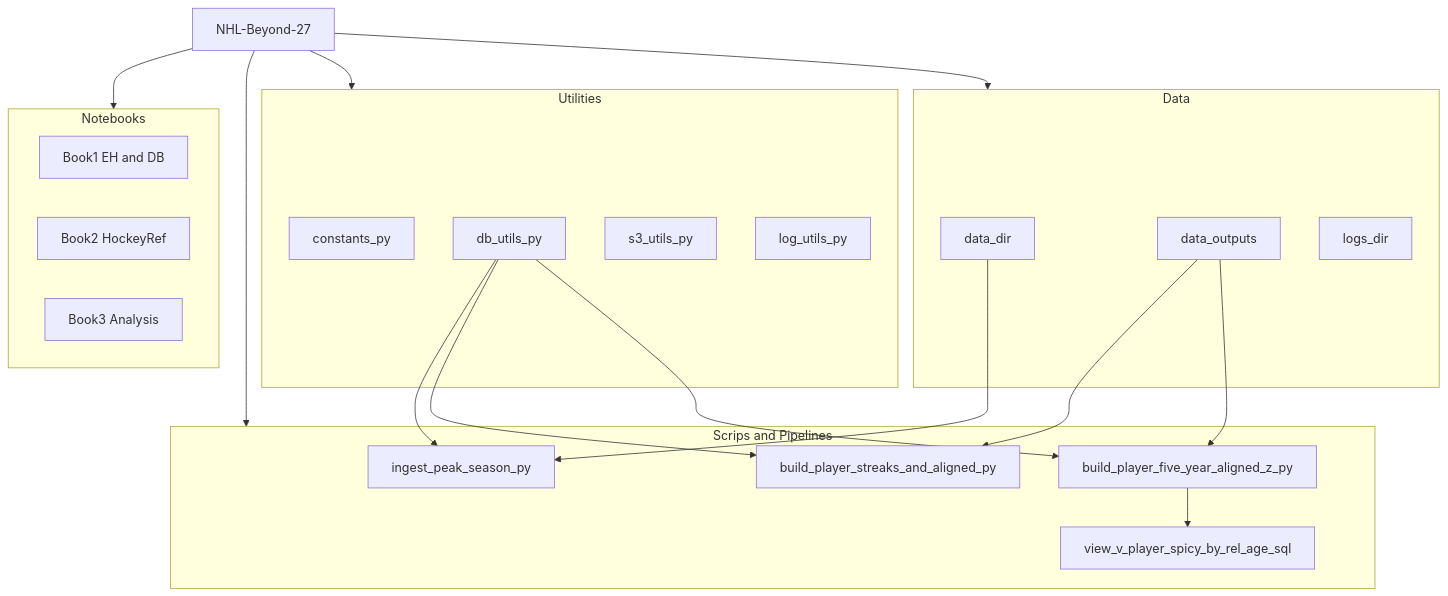
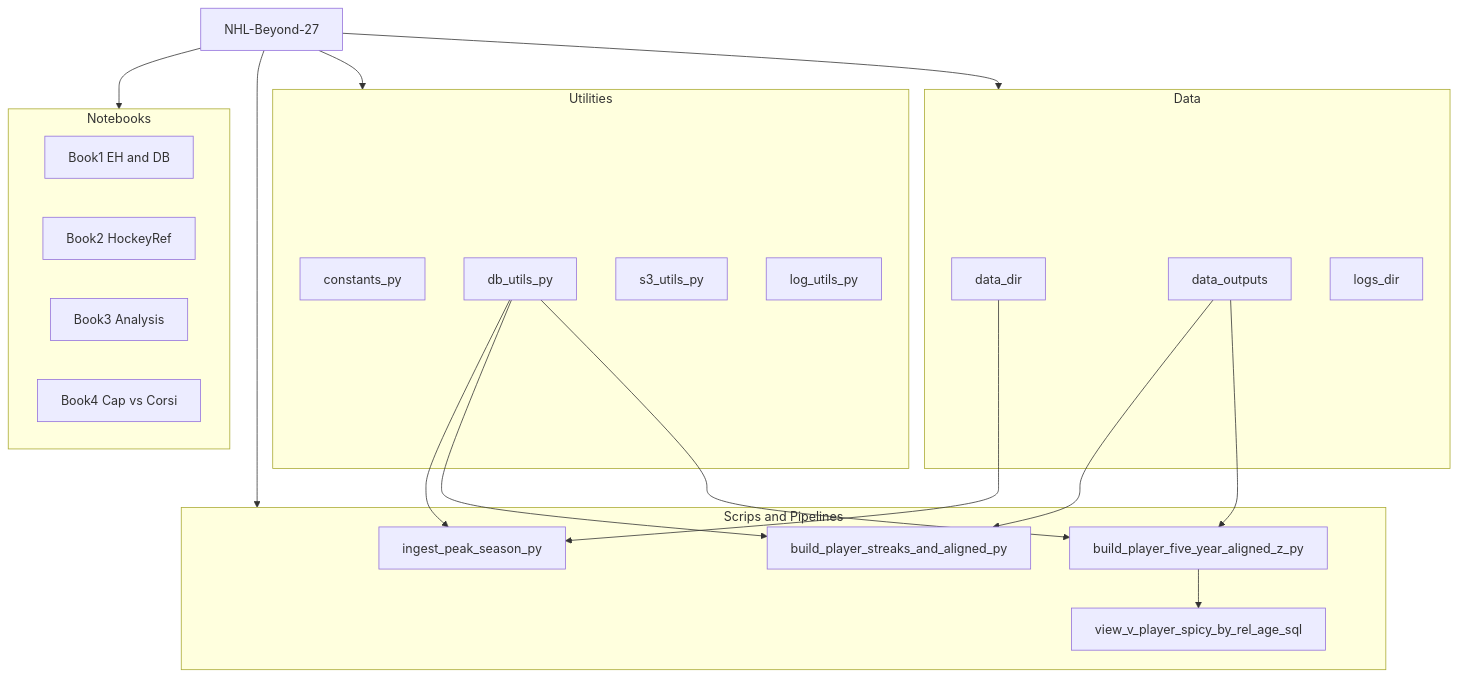
Before and after one commit to ewnike/NHL-Beyond-27: the diagram in README.md, drawn with Mermaid.

````diff
--- a/README.md
+++ b/README.md
@@ -77,45 +77,46 @@
 ```mermaid
 
 flowchart TD
   ROOT[NHL-Beyond-27]
 
   subgraph NB[Notebooks]
     NB1[Book1 EH and DB]
     NB2[Book2 HockeyRef]
     NB3[Book3 Analysis]
+    NB4[Book4 Cap vs Corsi]
   end
 
   subgraph SCRIPTS[Scrips and Pipelines]
     PIPE1[ingest_peak_season_py]
     PIPE2[build_player_streaks_and_aligned_py]
     PIPE3[build_player_five_year_aligned_z_py]
     VIEW1[view_v_player_spicy_by_rel_age_sql]
   end
 
   subgraph UTILS[Utilities]
     U1[constants_py]
     U2[db_utils_py]
     U3[s3_utils_py]
     U4[log_utils_py]
   end
 
   subgraph DATA[Data]
     D1[data_dir]
     D2[data_outputs]
     D3[logs_dir]
   end
 
   ROOT --> NB
   ROOT --> SCRIPTS
   ROOT --> UTILS
   ROOT --> DATA
 
   U2 --> PIPE1
   U2 --> PIPE2
   U2 --> PIPE3
   PIPE3 --> VIEW1
 
   D1 --> PIPE1
   D2 --> PIPE2
   D2 --> PIPE3
 ```
````
